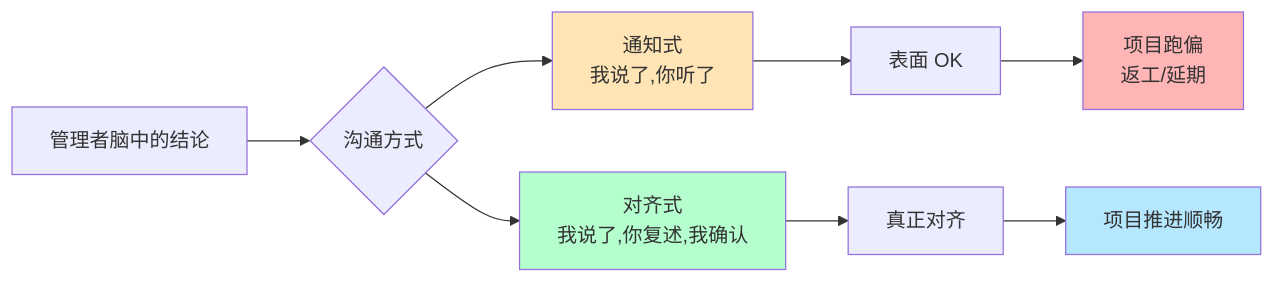
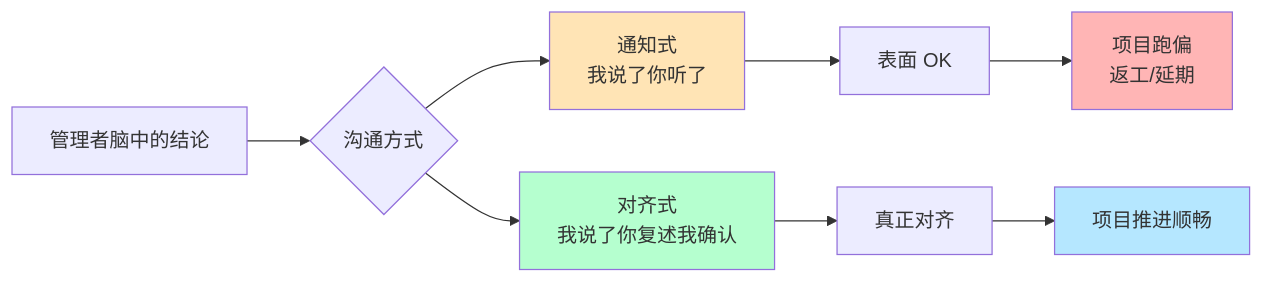
Before and after one commit to chongyang211/YCBookBlog: the first of 9 diagrams in 09.出版作品的书籍/02.职场管理进阶/2.4管理沟通那些事.md, drawn with Mermaid. The commit also changed other lines of this file and 33 other files, not shown here.

````diff
--- a/09.出版作品的书籍/02.职场管理进阶/2.4管理沟通那些事.md
+++ b/09.出版作品的书籍/02.职场管理进阶/2.4管理沟通那些事.md
@@ -25,14 +27,14 @@
 ```mermaid
 flowchart LR
     A[管理者脑中的结论] --> B{沟通方式}
-    B --> C[通知式<br/>我说了,你听了]
-    B --> D[对齐式<br/>我说了,你复述,我确认]
+    B --> C[通知式<br/>我说了你听了]
+    B --> D[对齐式<br/>我说了你复述我确认]
     C --> E[表面 OK]
     D --> F[真正对齐]
     E --> G[项目跑偏<br/>返工/延期]
     F --> H[项目推进顺畅]
     style C fill:#ffe4b5
     style D fill:#b5ffcf
     style G fill:#ffb5b5
     style H fill:#b5e7ff
 ```
````
